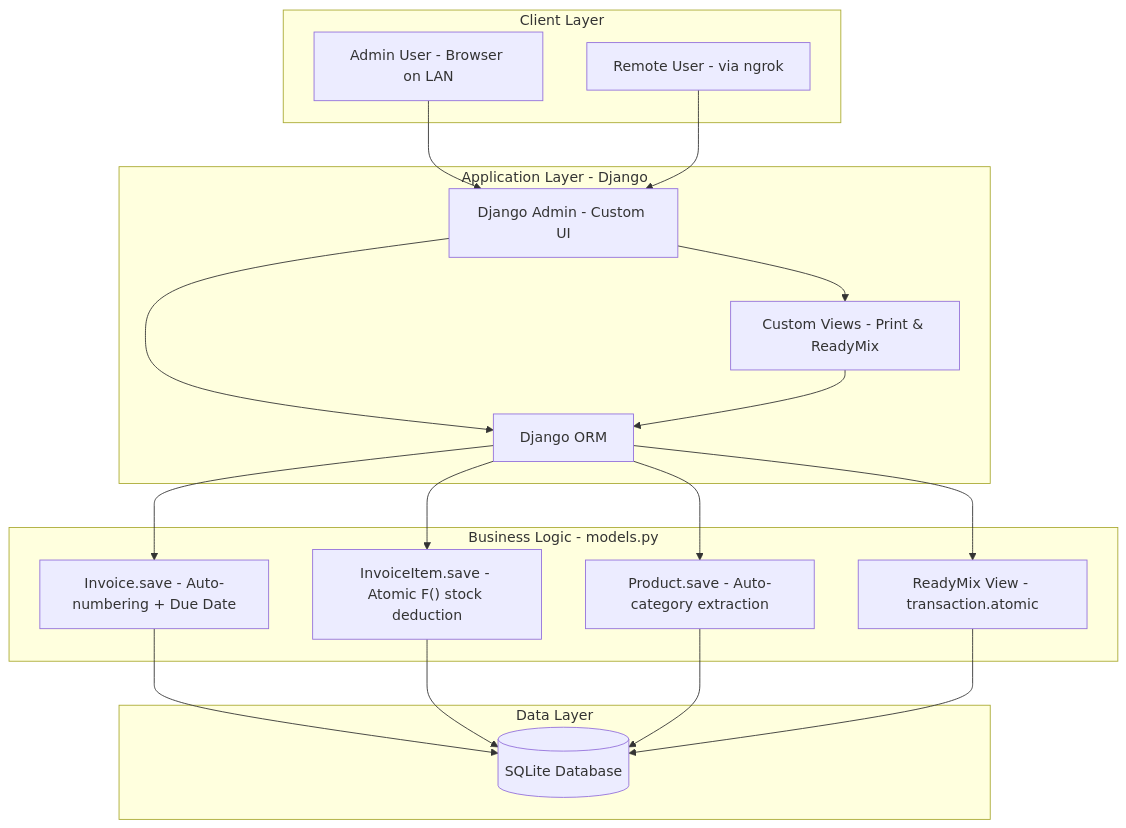
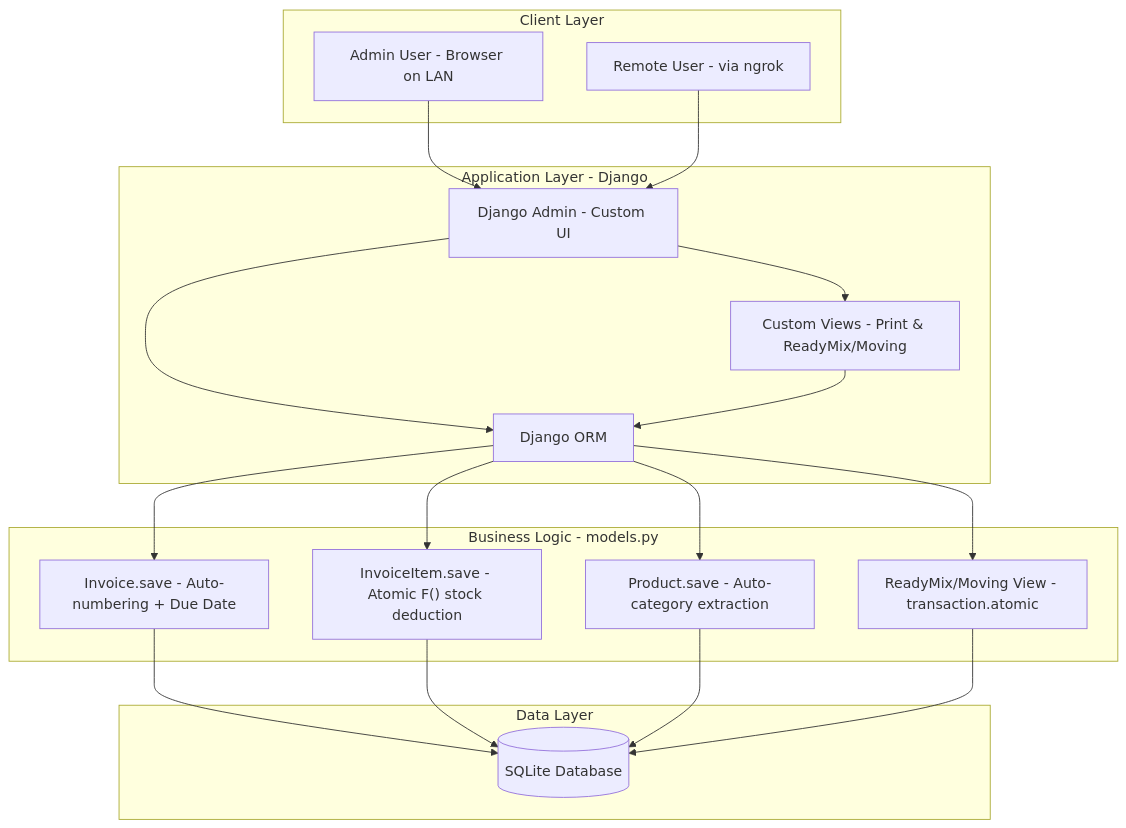
One commit to rafihw42/django-erp-system-architecture changed the first of 2 diagrams in README.md. Above: the diagram before and after it, drawn with Mermaid. The commit also changed other lines of this file and 9 other files, not shown here.

Commit message:
feat: add interactive sales dashboard and multi-output ready mix / moving transaction support

````diff
--- a/README.md
+++ b/README.md
@@ -37,38 +37,38 @@
 ```mermaid
 graph TD
     subgraph Client_Layer["Client Layer"]
         A["Admin User - Browser on LAN"]
         B["Remote User - via ngrok"]
     end
 
     subgraph App_Layer["Application Layer - Django"]
         C["Django Admin - Custom UI"]
-        D["Custom Views - Print & ReadyMix"]
+        D["Custom Views - Print & ReadyMix/Moving"]
         E["Django ORM"]
     end
 
     subgraph Logic_Layer["Business Logic - models.py"]
         F["Invoice.save - Auto-numbering + Due Date"]
         G["InvoiceItem.save - Atomic F() stock deduction"]
         H["Product.save - Auto-category extraction"]
-        I["ReadyMix View - transaction.atomic"]
+        I["ReadyMix/Moving View - transaction.atomic"]
     end
 
     subgraph Data_Layer["Data Layer"]
         J[("SQLite Database")]
     end
 
     A --> C
     B --> C
     C --> D
     C --> E
     D --> E
     E --> F
     E --> G
     E --> H
     E --> I
     F --> J
     G --> J
     H --> J
     I --> J
 ```
````
